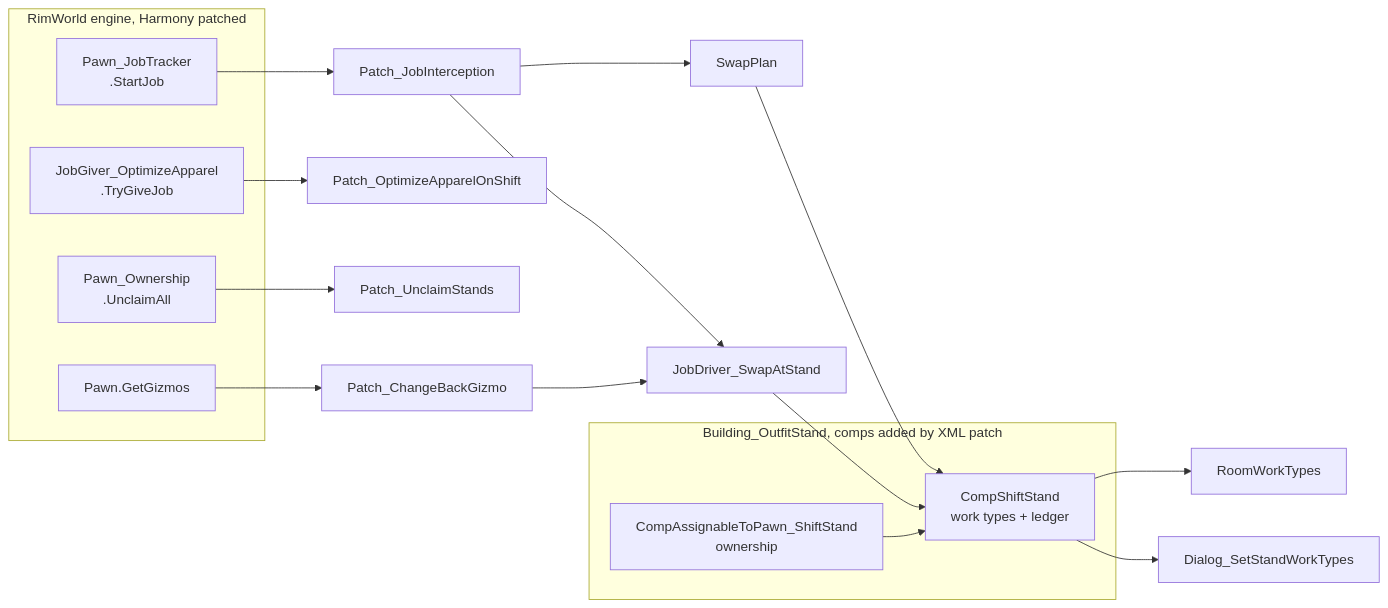
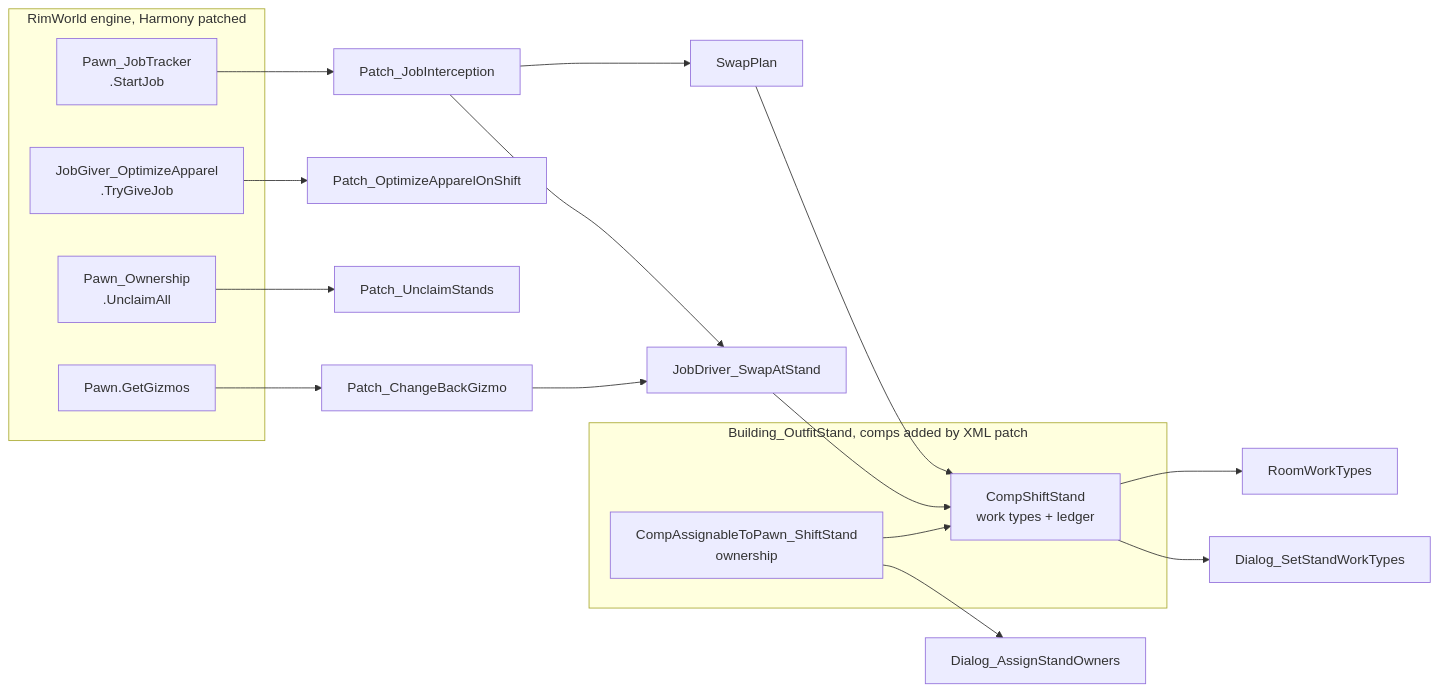
One commit to beverage/shift-change changed the diagram in docs/DEVELOPMENT.md. Above: the diagram before and after it, drawn with Mermaid. The commit also changed other lines of this file and 7 other files, not shown here.

````diff
--- a/docs/DEVELOPMENT.md
+++ b/docs/DEVELOPMENT.md
@@ -335,28 +335,29 @@
 ```mermaid
 flowchart LR
   subgraph engine["RimWorld engine, Harmony patched"]
     SJ["Pawn_JobTracker<br/>.StartJob"]
     OA["JobGiver_OptimizeApparel<br/>.TryGiveJob"]
     UA["Pawn_Ownership<br/>.UnclaimAll"]
     GZ["Pawn.GetGizmos"]
   end
 
   subgraph stand["Building_OutfitStand, comps added by XML patch"]
     CS["CompShiftStand<br/>work types + ledger"]
     CA["CompAssignableToPawn_ShiftStand<br/>ownership"]
   end
 
   SJ --> PJI["Patch_JobInterception"]
   OA --> POA["Patch_OptimizeApparelOnShift"]
   UA --> PU["Patch_UnclaimStands"]
   GZ --> PCB["Patch_ChangeBackGizmo"]
 
   PJI --> SP["SwapPlan"]
   PJI --> JD["JobDriver_SwapAtStand"]
   PCB --> JD
   SP --> CS
   JD --> CS
   CA --> CS
   CS --> RWT["RoomWorkTypes"]
   CS --> DLG["Dialog_SetStandWorkTypes"]
+  CA --> DAO["Dialog_AssignStandOwners"]
 ```
````
